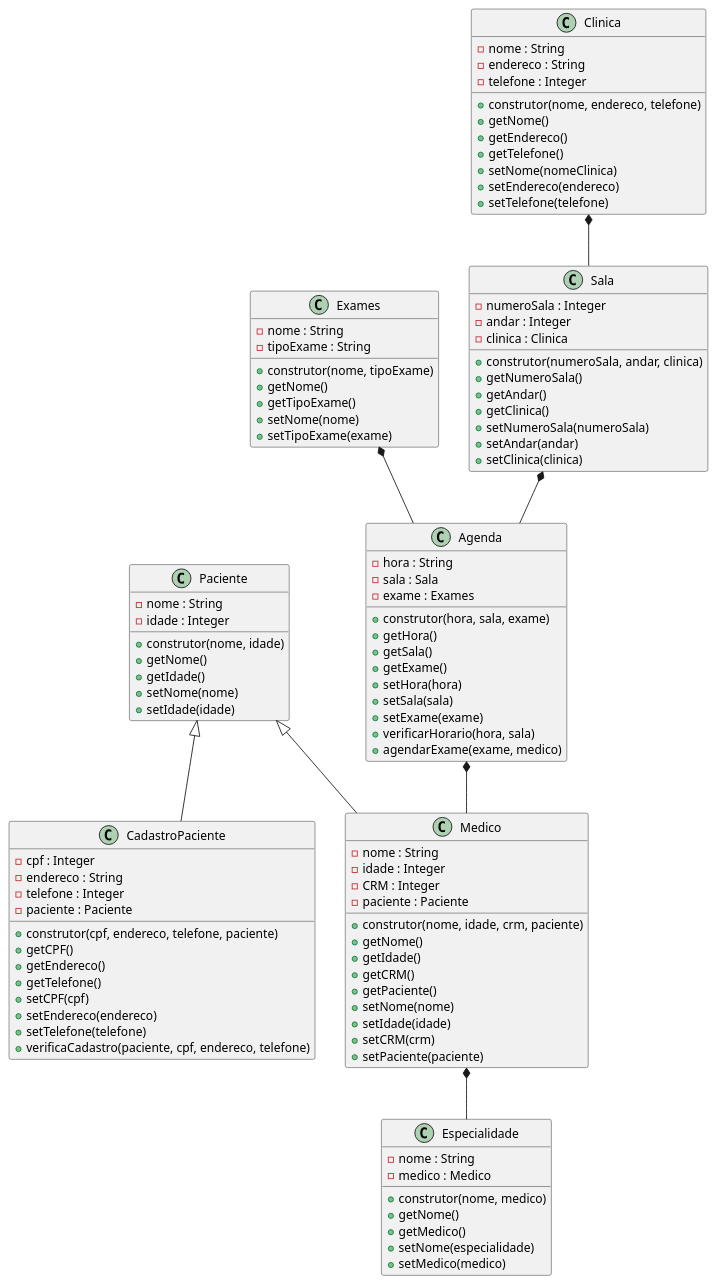
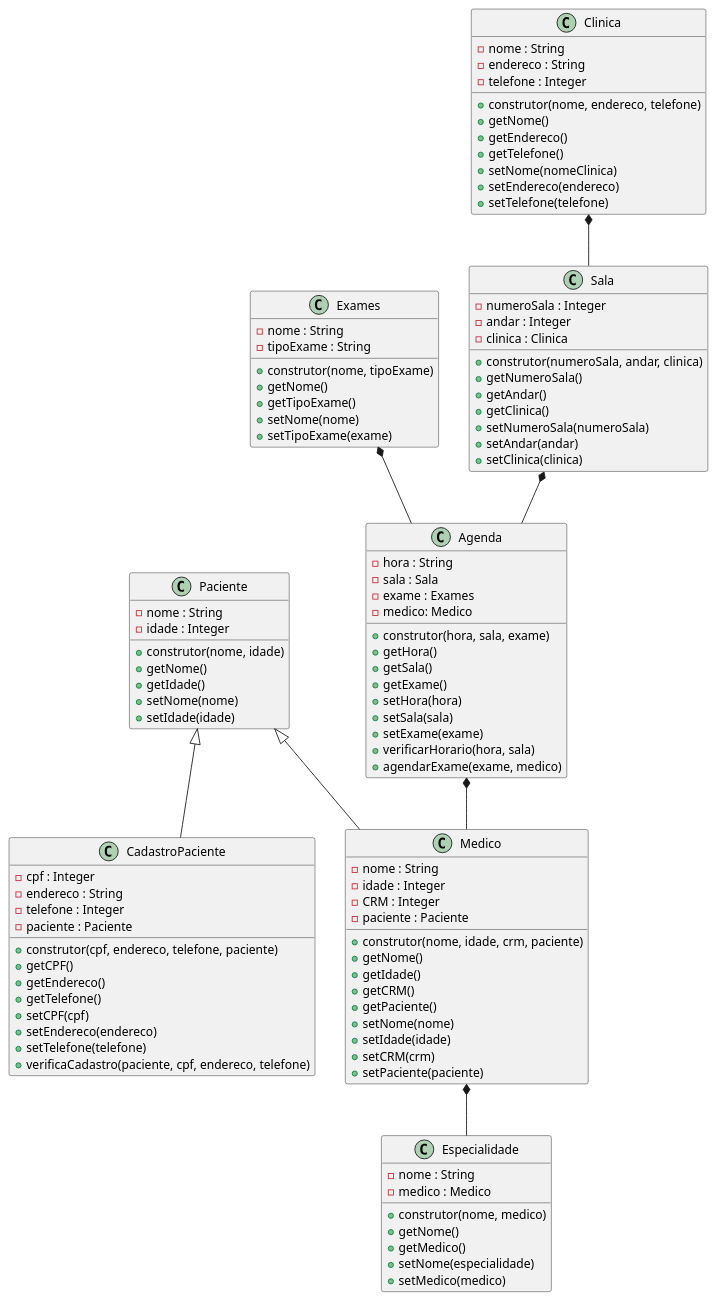
One commit to anleaes/2022-1-N2-POO-03 changed the diagram in diagrama.plantuml. Above: the diagram before and after it, drawn with PlantUML.

Commit message:
adicionado atributo medico na classe agenda

```diff
--- a/diagrama.plantuml
+++ b/diagrama.plantuml
@@ -1,113 +1,114 @@
 @startuml Gerenciamento de Exames Medicos
 
     class Agenda{
         - hora : String
         - sala : Sala
         - exame : Exames
+        - medico: Medico
         + construtor(hora, sala, exame)
         + getHora()
         + getSala()
         + getExame()
         + setHora(hora)
         + setSala(sala)
         + setExame(exame)
         + verificarHorario(hora, sala)
         + agendarExame(exame, medico)
     }
 
     class Paciente{
         - nome : String
         - idade : Integer
         + construtor(nome, idade)
         + getNome()
         + getIdade()
         + setNome(nome)
         + setIdade(idade)
     }
 
     class CadastroPaciente{
         - cpf : Integer
         - endereco : String
         - telefone : Integer
         - paciente : Paciente
         + construtor(cpf, endereco, telefone, paciente)
         + getCPF()
         + getEndereco()
         + getTelefone()
         + setCPF(cpf)
         + setEndereco(endereco)
         + setTelefone(telefone)
         + verificaCadastro(paciente, cpf, endereco, telefone)
     }
 
     class Medico{
         - nome : String
         - idade : Integer
         - CRM : Integer
         - paciente : Paciente
         + construtor(nome, idade, crm, paciente)
         + getNome()
         + getIdade()
         + getCRM()
         + getPaciente()
         + setNome(nome)
         + setIdade(idade)
         + setCRM(crm)
         + setPaciente(paciente)
     }
 
     class Exames{
         - nome : String
         - tipoExame : String
         + construtor(nome, tipoExame)
         + getNome()
         + getTipoExame()
         + setNome(nome)
         + setTipoExame(exame)
     }
 
     class Especialidade{
         - nome : String
         - medico : Medico
         + construtor(nome, medico)
         + getNome()
         + getMedico()
         + setNome(especialidade)
         + setMedico(medico)
     }
 
     class Clinica{
         - nome : String
         - endereco : String
         - telefone : Integer
         + construtor(nome, endereco, telefone)
         + getNome()
         + getEndereco()
         + getTelefone()
         + setNome(nomeClinica)
         + setEndereco(endereco)
         + setTelefone(telefone)
     }
 
     class Sala{
         - numeroSala : Integer
         - andar : Integer
         - clinica : Clinica
         + construtor(numeroSala, andar, clinica)
         + getNumeroSala()
         + getAndar()
         + getClinica()
         + setNumeroSala(numeroSala)
         + setAndar(andar)
         + setClinica(clinica)
     }
 
     Paciente <|-- CadastroPaciente
     Paciente <|-- Medico
     Medico *-- Especialidade
     Exames *-- Agenda
     Sala *-- Agenda
     Agenda *-- Medico
     Clinica *-- Sala
 
 @enduml
```
